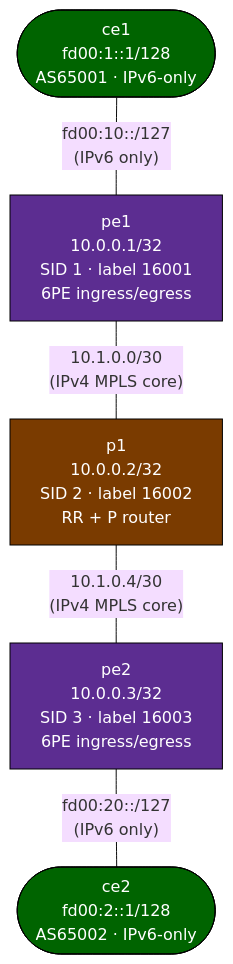
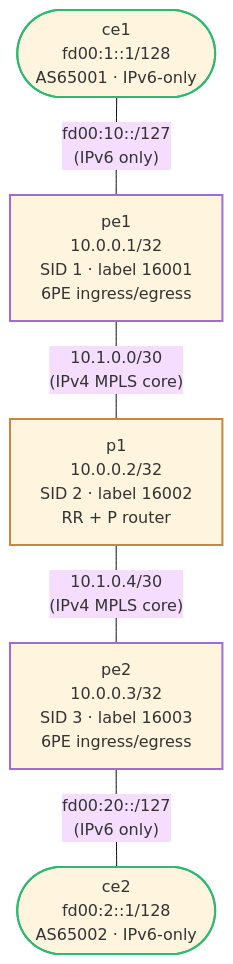
One commit to jschless/networkingLabs changed the first of 2 diagrams in labs/ipv6-transition/README.md. Above: the diagram before and after it, drawn with Mermaid (base theme). The commit also changed other lines of this file and 250 other files, not shown here.

Commit message:
Fix unreadable topology diagrams, convert ASCII art, publish assessments (#57)

````diff
--- a/labs/ipv6-transition/README.md
+++ b/labs/ipv6-transition/README.md
@@ -63,21 +63,21 @@
 ```mermaid
 flowchart TB
-    ce1(["ce1\nfd00:1::1/128\nAS65001 · IPv6-only"])
-    pe1["pe1\n10.0.0.1/32\nSID 1 · label 16001\n6PE ingress/egress"]
-    p1["p1\n10.0.0.2/32\nSID 2 · label 16002\nRR + P router"]
-    pe2["pe2\n10.0.0.3/32\nSID 3 · label 16003\n6PE ingress/egress"]
-    ce2(["ce2\nfd00:2::1/128\nAS65002 · IPv6-only"])
+    ce1(["ce1<br/>fd00:1::1/128<br/>AS65001 · IPv6-only"])
+    pe1["pe1<br/>10.0.0.1/32<br/>SID 1 · label 16001<br/>6PE ingress/egress"]
+    p1["p1<br/>10.0.0.2/32<br/>SID 2 · label 16002<br/>RR + P router"]
+    pe2["pe2<br/>10.0.0.3/32<br/>SID 3 · label 16003<br/>6PE ingress/egress"]
+    ce2(["ce2<br/>fd00:2::1/128<br/>AS65002 · IPv6-only"])
 
-    ce1 --- |"fd00:10::/127\n(IPv6 only)"| pe1
-    pe1 --- |"10.1.0.0/30\n(IPv4 MPLS core)"| p1
-    p1 --- |"10.1.0.4/30\n(IPv4 MPLS core)"| pe2
-    pe2 --- |"fd00:20::/127\n(IPv6 only)"| ce2
+    ce1 --- |"fd00:10::/127<br/>(IPv6 only)"| pe1
+    pe1 --- |"10.1.0.0/30<br/>(IPv4 MPLS core)"| p1
+    p1 --- |"10.1.0.4/30<br/>(IPv4 MPLS core)"| pe2
+    pe2 --- |"fd00:20::/127<br/>(IPv6 only)"| ce2
 
-    classDef pe     fill:#5c2d91,color:#fff,stroke:#000
-    classDef p      fill:#7a3b00,color:#fff,stroke:#000
-    classDef ce     fill:#006400,color:#fff,stroke:#000
+    classDef pe stroke:#a06bd6,stroke-width:2px
+    classDef p stroke:#c8873c,stroke-width:2px
+    classDef ce stroke:#2eb872,stroke-width:2px
 
     class pe1,pe2 pe
     class p1 p
     class ce1,ce2 ce
 ```
````
